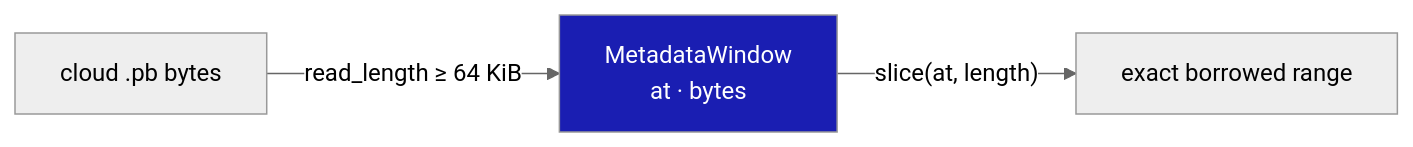
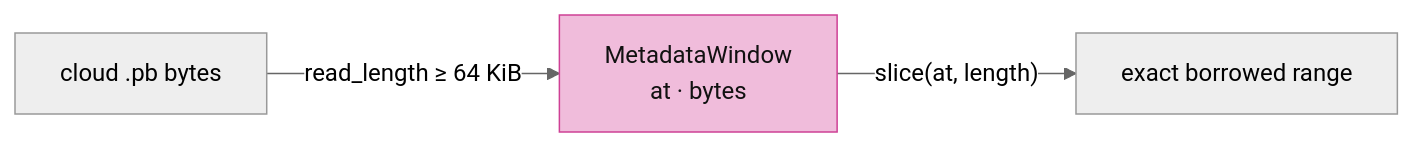
One commit to petrasvestartas/session changed the second of 5 diagrams in session_viewer/docs/15-publication.md. Above: the diagram before and after it, drawn with Mermaid (neutral theme). The commit also changed other lines of this file and 23 other files, not shown here.

Commit message:
Course: Mermaid nodes white with black text, highlighted nodes pink, white arrows and edge labels on the black ground

````diff
--- a/session_viewer/docs/15-publication.md
+++ b/session_viewer/docs/15-publication.md
@@ -27,6 +27,6 @@
 ```mermaid
 flowchart LR
     A["cloud .pb bytes"] -- "read_length ≥ 64 KiB" --> W["MetadataWindow<br/>at · bytes"]
     W -- "slice(at, length)" --> S["exact borrowed range"]
-    style W fill:#1a1eb2,color:#fff
+    style W fill:#f0bcdb,stroke:#ce4095,color:#111
 ```
````
